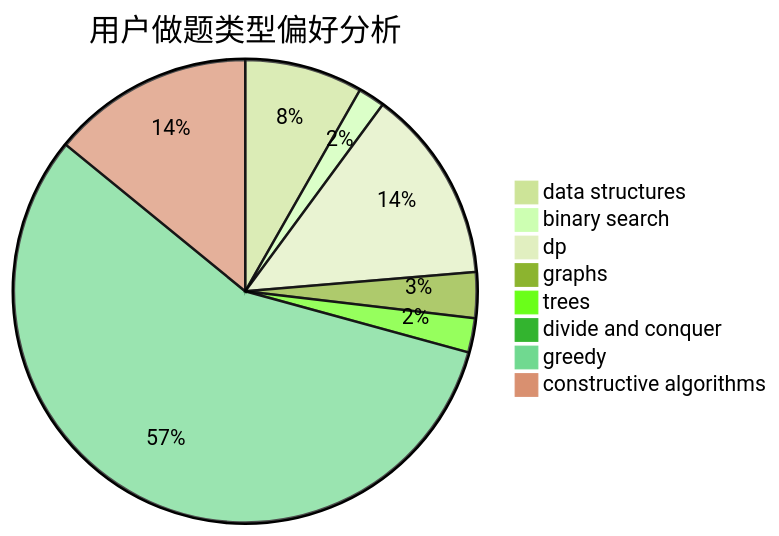
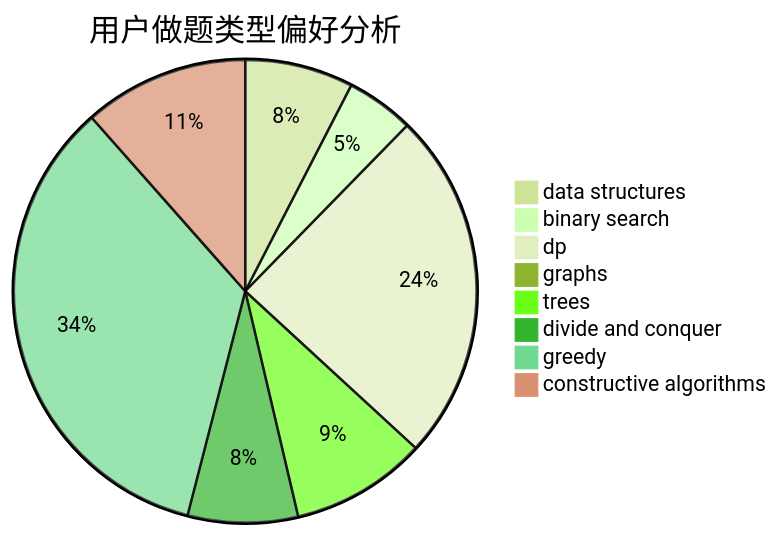
The second of 3 diagrams in docs/user/u2724.md (sherpahu/cfrs.github.io), drawn with Mermaid (forest theme) before and after one commit. The commit also changed other lines of this file and 2770 other files, not shown here.

````diff
--- a/docs/user/u2724.md
+++ b/docs/user/u2724.md
@@ -23,11 +23,11 @@
 ```mermaid
 pie title 用户做题类型偏好分析
-    "data structures" :  31
-    "binary search" :  7
-    "dp" :  51
-    "graphs" :  12
-    "trees" :  9
-    "divide and conquer" :  0
-    "greedy" :  213
-    "constructive algorithms" :  53
+    "data structures" :  67
+    "binary search" :  42
+    "dp" :  217
+    "graphs" :  3
+    "trees" :  84
+    "divide and conquer" :  68
+    "greedy" :  305
+    "constructive algorithms" :  102
 ```
````
